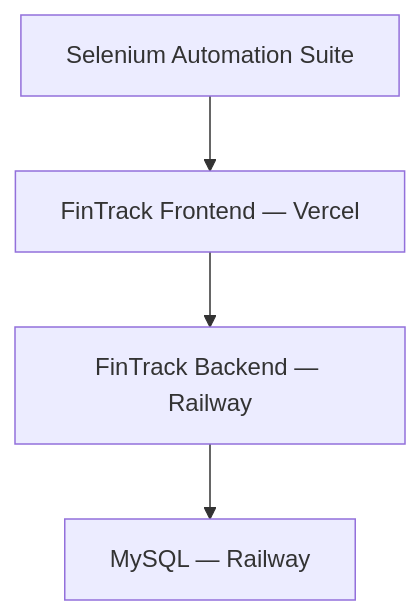
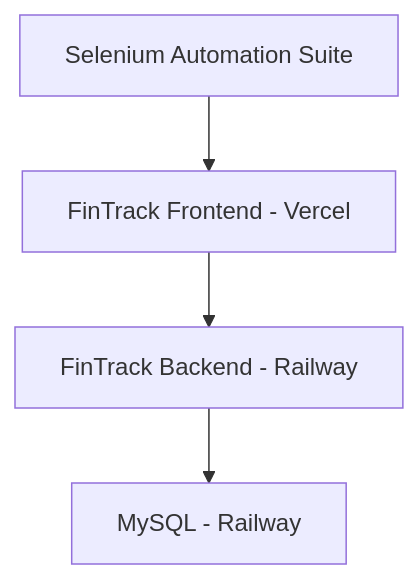
Before and after one commit to garrib10/fintrack-selenium-automation: the diagram in README.md, drawn with Mermaid. The commit also changed other lines of this file and 9 other files, not shown here.

````diff
--- a/README.md
+++ b/README.md
@@ -89,10 +102,10 @@
 ```mermaid
 flowchart TD
     A["Selenium Automation Suite"]
-    B["FinTrack Frontend — Vercel"]
-    C["FinTrack Backend — Railway"]
-    D["MySQL — Railway"]
+    B["FinTrack Frontend - Vercel"]
+    C["FinTrack Backend - Railway"]
+    D["MySQL - Railway"]
     A --> B
     B --> C
     C --> D
 ```
````
